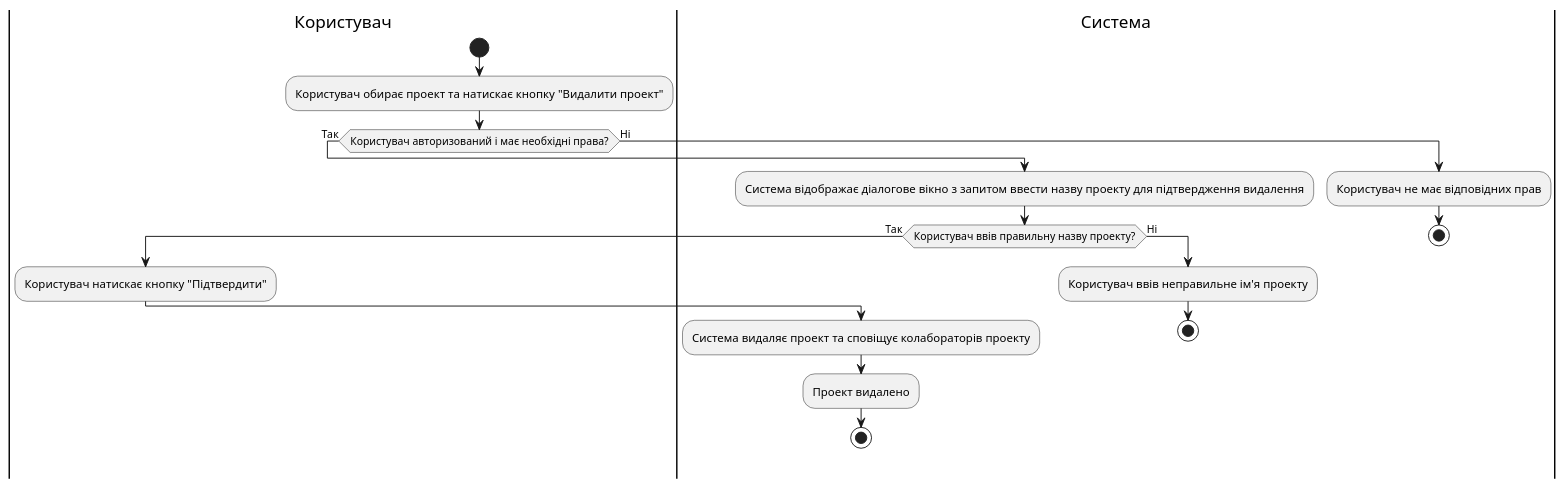
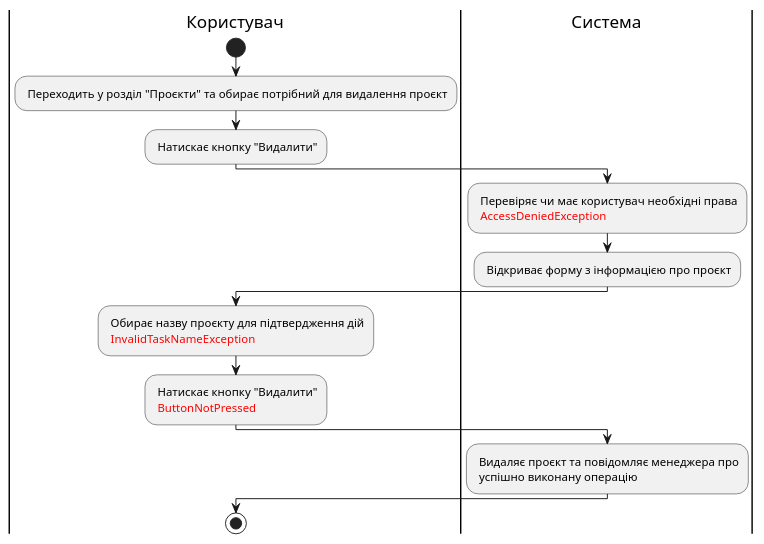
Before and after one commit to makssvelichko/edu_db_labs: diagram 15 of 20 in docs/use cases/README.md, drawn with PlantUML. The commit also changed other lines of this file, not shown here.

Commit message:
Changed UML diagrams

```diff
--- a/docs/use cases/README.md
+++ b/docs/use cases/README.md
@@ -503,27 +504,23 @@
 @startuml
 
-|Користувач|
-start;
-:Користувач обирає проект та натискає кнопку "Видалити проект";
-if (Користувач авторизований і має необхідні права?) then (Так)
+    |Користувач|
+    start;
+        : Переходить у розділ "Проєкти" та обирає потрібний для видалення проєкт;
+        : Натискає кнопку "Видалити";
+     |Система|
+        : Перевіряє чи має користувач необхідні права
+         <font color="red">AccessDeniedException</font>;
+        : Відкриває форму з інформацією про проєкт;    
+    |Користувач|
+        : Обирає назву проєкту для підтвердження дій
+         <font color="red">InvalidTaskNameException</font>;
+    |Користувач|
+        : Натискає кнопку "Видалити"
+         <font color="red">ButtonNotPressed</font>;
     |Система|
-    :Система відображає діалогове вікно з запитом ввести назву проекту для підтвердження видалення;
-    if (Користувач ввів правильну назву проекту?) then (Так)
-        |Користувач|
-        :Користувач натискає кнопку "Підтвердити";
-        |Система|
-        :Система видаляє проект та сповіщує колабораторів проекту;
-        :Проект видалено;
-        stop;
-    else (Ні)
-        |Система|
-        :Користувач ввів неправильне ім'я проекту;
-        stop;
-    endif
-else (Ні)
-    |Система|
-    :Користувач не має відповідних прав;
+        : Видаляє проєкт та повідомляє менеджера про
+         успішно виконану операцію;
+    |Користувач|
     stop;
-endif
 
 @enduml
```
